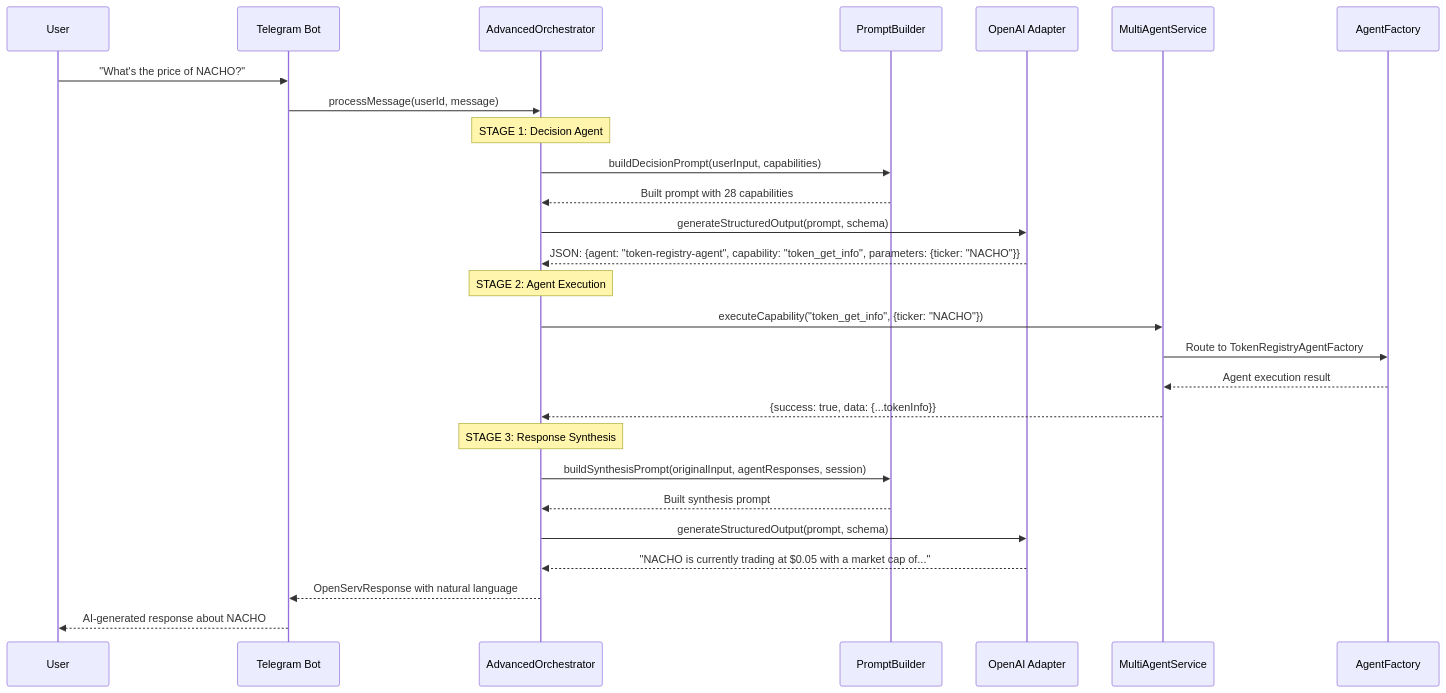
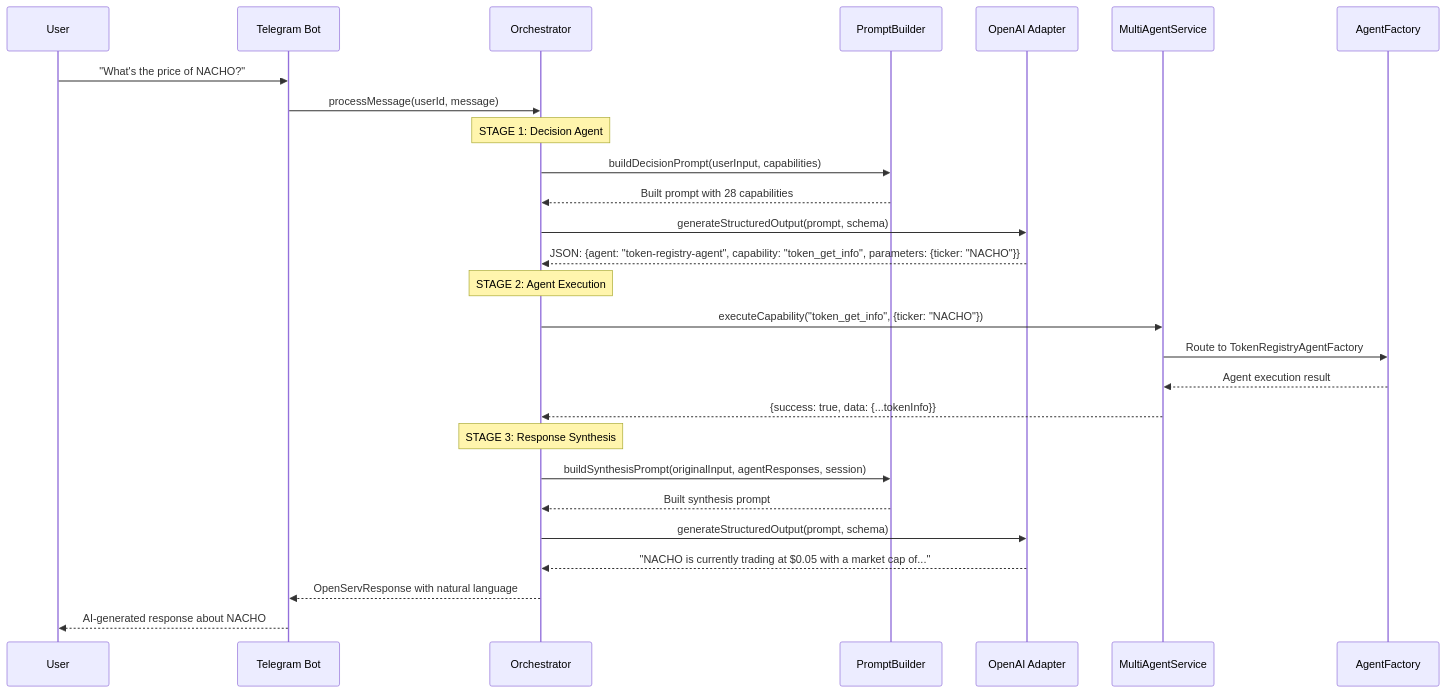
The second of 2 diagrams in README.md (KASPACOM/ai-agent), drawn with Mermaid before and after one commit. The commit also changed other lines of this file and 5 other files, not shown here.

````diff
--- a/README.md
+++ b/README.md
@@ -227,34 +227,34 @@
 ```mermaid
 sequenceDiagram
     participant User
     participant TG as Telegram Bot
-    participant ORCH as AdvancedOrchestrator
+    participant ORCH as Orchestrator
     participant PROMPT as PromptBuilder
     participant LLM as OpenAI Adapter
     participant MULTI as MultiAgentService
     participant FACTORY as AgentFactory
     
     User->>TG: "What's the price of NACHO?"
     TG->>ORCH: processMessage(userId, message)
     
     Note over ORCH: STAGE 1: Decision Agent
     ORCH->>PROMPT: buildDecisionPrompt(userInput, capabilities)
     PROMPT-->>ORCH: Built prompt with 28 capabilities
     ORCH->>LLM: generateStructuredOutput(prompt, schema)
     LLM-->>ORCH: JSON: {agent: "token-registry-agent", capability: "token_get_info", parameters: {ticker: "NACHO"}}
     
     Note over ORCH: STAGE 2: Agent Execution
     ORCH->>MULTI: executeCapability("token_get_info", {ticker: "NACHO"})
     MULTI->>FACTORY: Route to TokenRegistryAgentFactory
     FACTORY-->>MULTI: Agent execution result
     MULTI-->>ORCH: {success: true, data: {...tokenInfo}}
     
     Note over ORCH: STAGE 3: Response Synthesis
     ORCH->>PROMPT: buildSynthesisPrompt(originalInput, agentResponses, session)
     PROMPT-->>ORCH: Built synthesis prompt
     ORCH->>LLM: generateStructuredOutput(prompt, schema)
     LLM-->>ORCH: "NACHO is currently trading at $0.05 with a market cap of..."
     
     ORCH-->>TG: OpenServResponse with natural language
     TG-->>User: AI-generated response about NACHO
 ```
````
